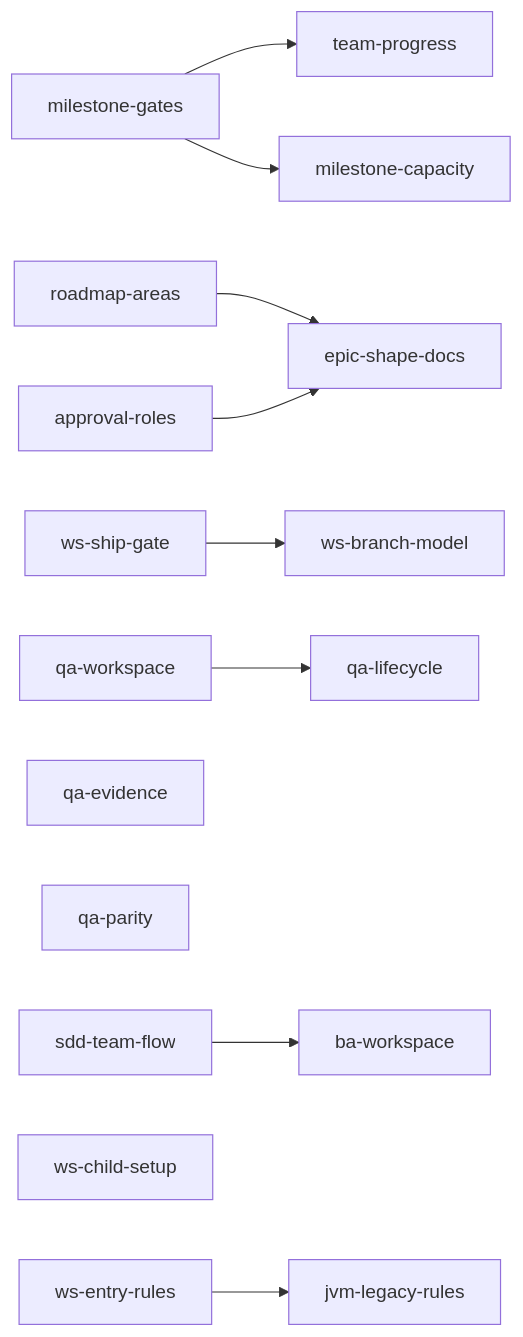
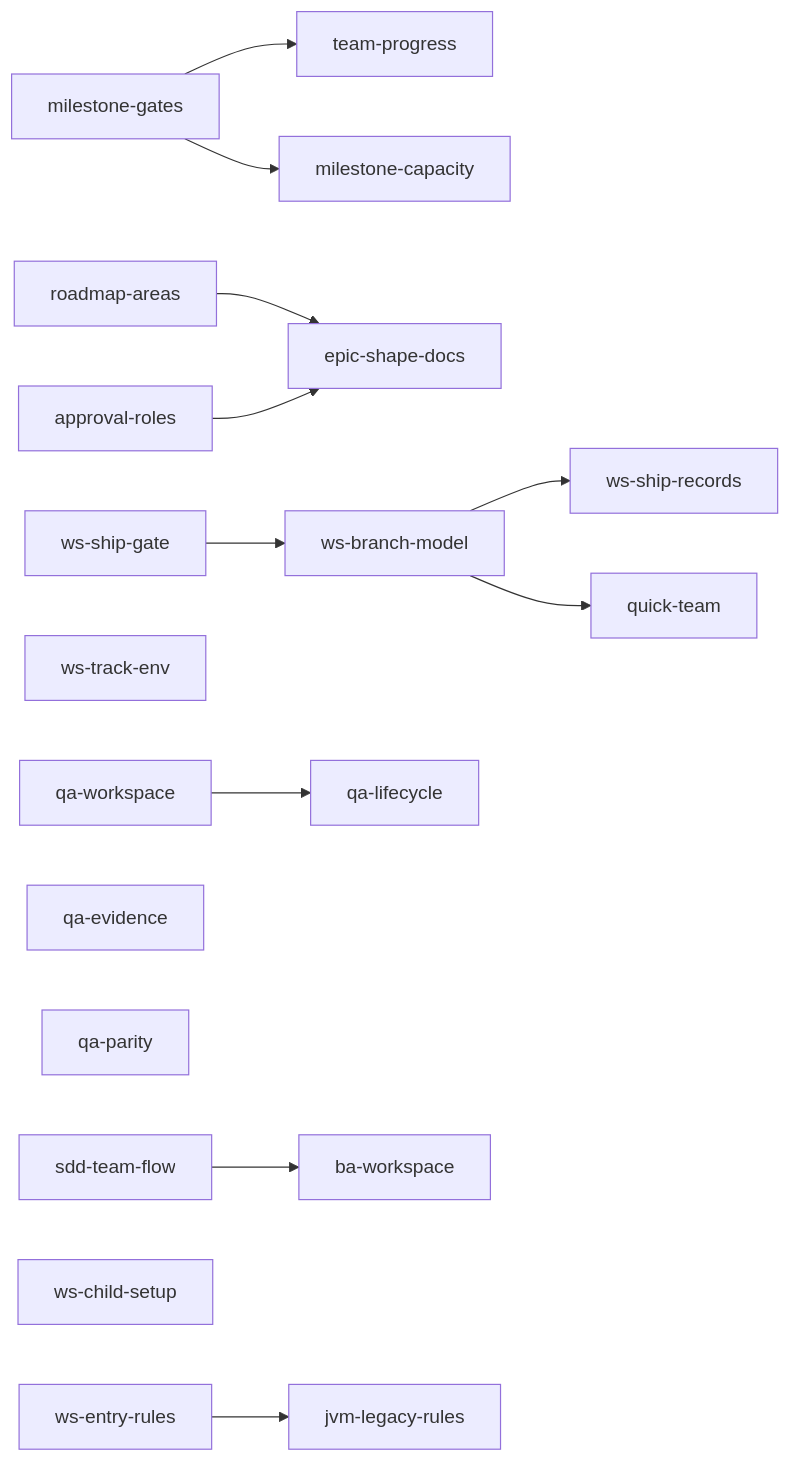
The diagram in .planning/roadmap.md (giangdhwhtbr/gin-workflow), drawn with Mermaid before and after one commit. The commit also changed other lines of this file, not shown here.

Commit message:
docs(roadmap): split ship records, track environment, and quick in team mode out of ws-branch-model

````diff
--- a/.planning/roadmap.md
+++ b/.planning/roadmap.md
@@ -48,14 +48,17 @@
 ```mermaid
 flowchart LR
     MG[milestone-gates] --> TP[team-progress]
     MG --> MC[milestone-capacity]
     RA[roadmap-areas] --> ES[epic-shape-docs]
     AR[approval-roles] --> ES
     SG[ws-ship-gate] --> BM[ws-branch-model]
+    BM --> SR[ws-ship-records]
+    BM --> QT[quick-team]
+    TE[ws-track-env]
     QW[qa-workspace] --> QL[qa-lifecycle]
     QE[qa-evidence]
     QP[qa-parity]
     SD[sdd-team-flow] --> BA[ba-workspace]
     CS[ws-child-setup]
     ER[ws-entry-rules] --> JL[jvm-legacy-rules]
 ```
````
